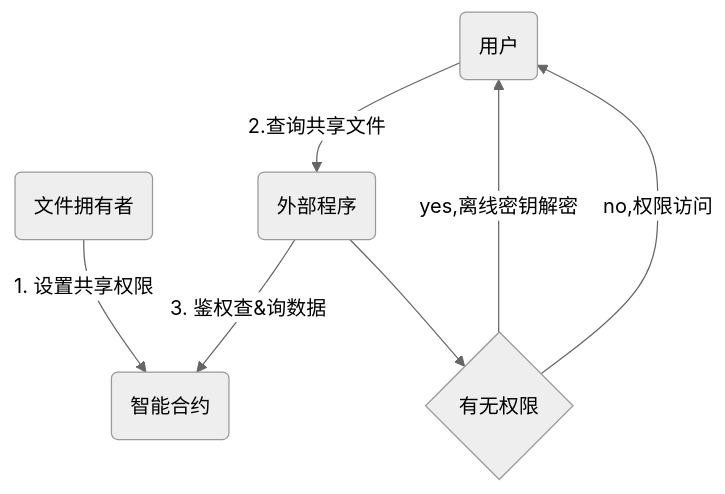
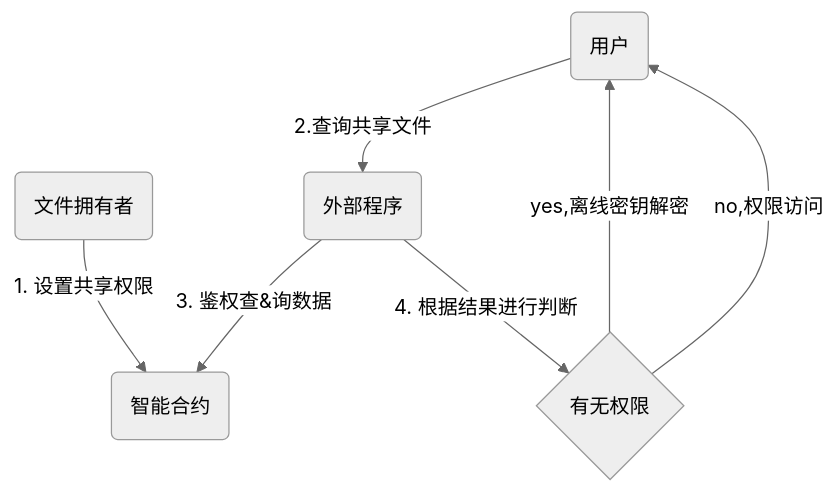
One commit to MoyunRz/store-data changed the fourth of 5 diagrams in doc/合约存取共享.md. Above: the diagram before and after it, drawn with Mermaid (neutral theme). The commit also changed other lines of this file, not shown here.

Commit message:
设计新的架构图

````diff
--- a/doc/合约存取共享.md
+++ b/doc/合约存取共享.md
@@ -89,10 +89,10 @@
 ```mermaid
 graph TD;
     A(文件拥有者) -->|1. 设置共享权限| B(智能合约)
     C(用户) -->| 2.查询共享文件| E(外部程序)
     E -->|3. 鉴权查&询数据| B(智能合约)
-    E -->F{有无权限}
+    E -->|4. 根据结果进行判断| F{有无权限}
     F -->|yes,离线密钥解密| C
     F -->|no,权限访问| C
 
 ```
````
